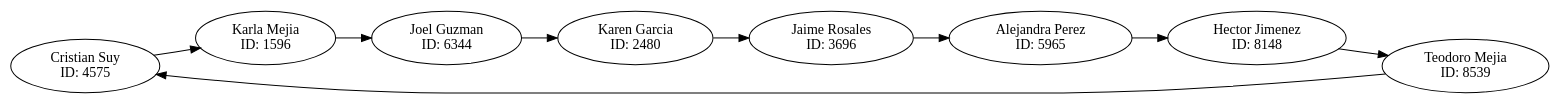
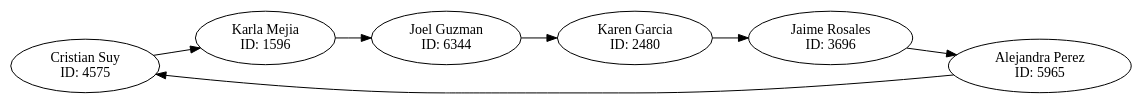
Before and after one commit to Ssolares0/EDD_VJ1S2023_PY_202004822: the diagram in FASE1/Reportes/ListaClientes.dot, drawn with Graphviz. The commit also changed 10 other files, not shown here.

```diff
--- a/FASE1/Reportes/ListaClientes.dot
+++ b/FASE1/Reportes/ListaClientes.dot
@@ -1,28 +1,22 @@
 digraph ListaSimple{
 rankdir=LR;
 node[shape = oval];
 nodo0[label="Cristian Suy
 ID: 4575 "];
 nodo1[label="Karla Mejia
 ID: 1596 "];
 nodo2[label="Joel Guzman
 ID: 6344 "];
 nodo3[label="Karen Garcia
 ID: 2480 "];
 nodo4[label="Jaime Rosales
 ID: 3696 "];
 nodo5[label="Alejandra Perez
 ID: 5965 "];
-nodo6[label="Hector Jimenez
-ID: 8148 "];
-nodo7[label="Teodoro Mejia
-ID: 8539 "];
 nodo0->nodo1;
 nodo1->nodo2;
 nodo2->nodo3;
 nodo3->nodo4;
 nodo4->nodo5;
-nodo5->nodo6;
-nodo6->nodo7;
-nodo7->nodo0;
+nodo5->nodo0;
 }
```
